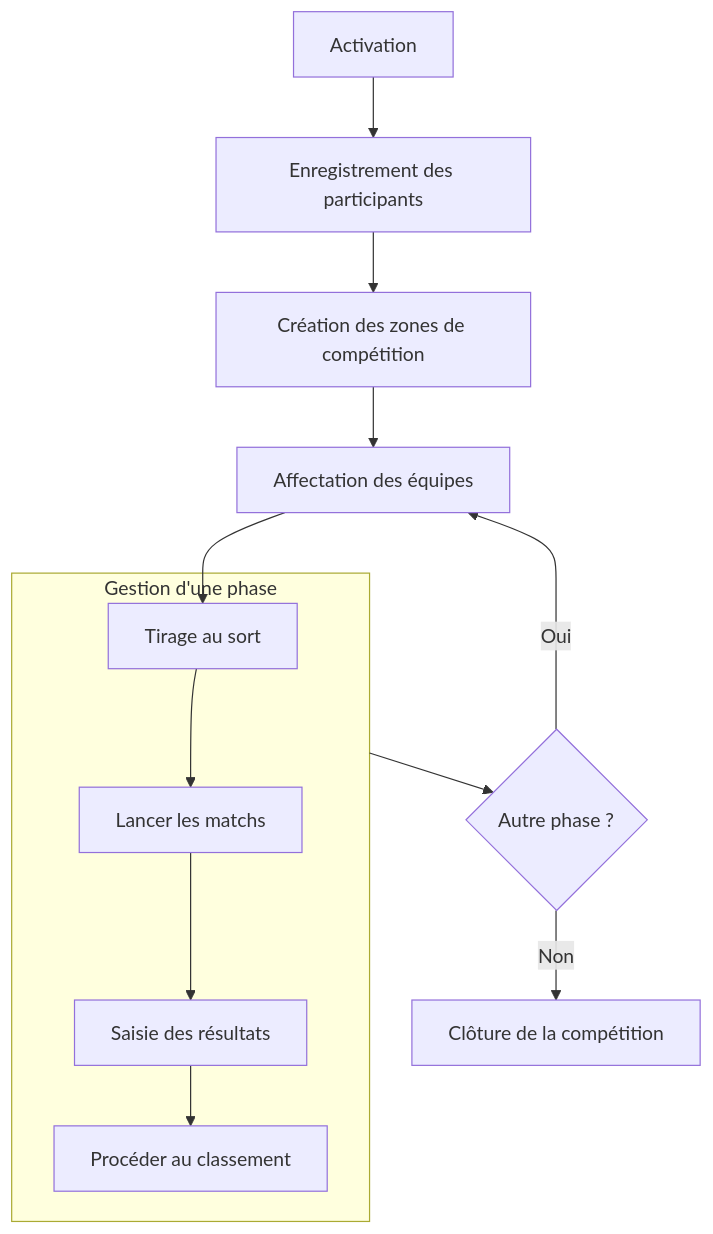
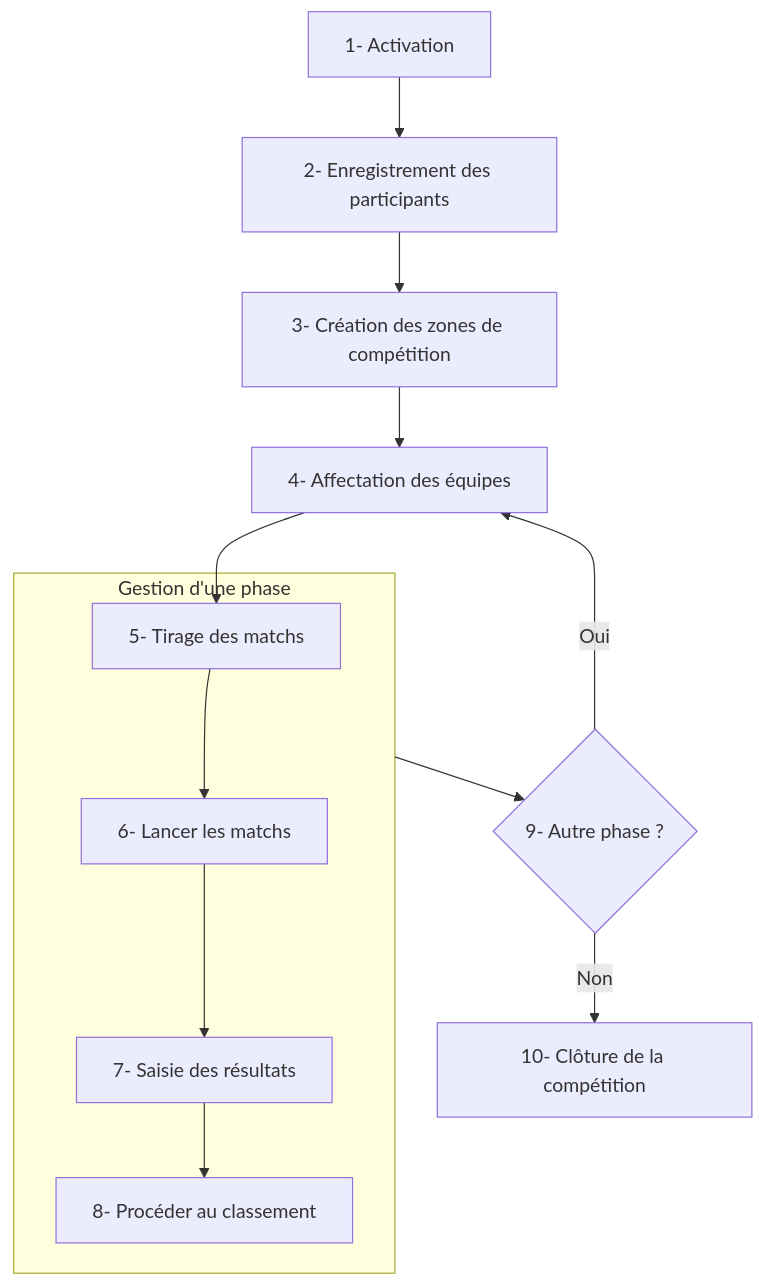
One commit to Ineaweb/SmartContest changed the diagram in docs/work-with-competition/index.md. Above: the diagram before and after it, drawn with Mermaid. The commit also changed other lines of this file, not shown here.

Commit message:
feat: enhance competition flowchart with numbered steps and detailed sections in documentation

````diff
--- a/docs/work-with-competition/index.md
+++ b/docs/work-with-competition/index.md
@@ -7,16 +7,16 @@
 ```mermaid
 flowchart TB
-    A[Activation] --> B
-    B[Enregistrement des participants] --> C
-    C[Création des zones de compétition] --> D
-    D[Affectation des équipes] --> E
+    A[1- Activation] --> B
+    B[2- Enregistrement des participants] --> C
+    C[3- Création des zones de compétition] --> D
+    D[4- Affectation des équipes] --> E
     subgraph sb1 [Gestion d'une phase]
-        E[Tirage au sort] --> F
-        F[Lancer les matchs] --> G
-        G[Saisie des résultats] --> I
-        I[Procéder au classement]
+        E[5- Tirage des matchs] --> F
+        F[6- Lancer les matchs] --> G
+        G[7- Saisie des résultats] --> I
+        I[8- Procéder au classement]
     end
-    sb1 --> J{Autre phase ?}
+    sb1 --> J{9- Autre phase ?}
     J -- Oui --> D
-    J -- Non --> K[Clôture de la compétition]
+    J -- Non --> K[10- Clôture de la compétition]
 ```
````
